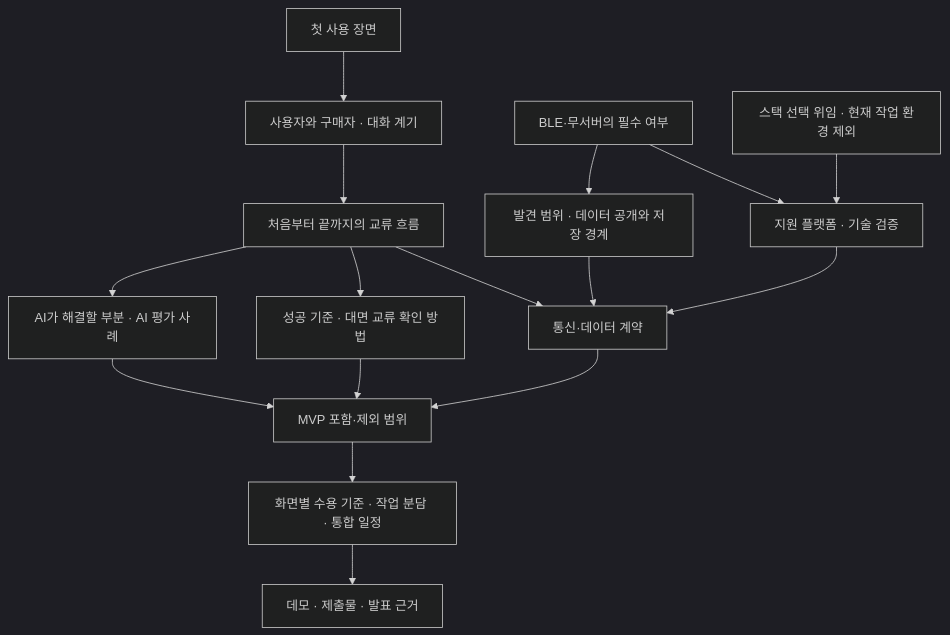
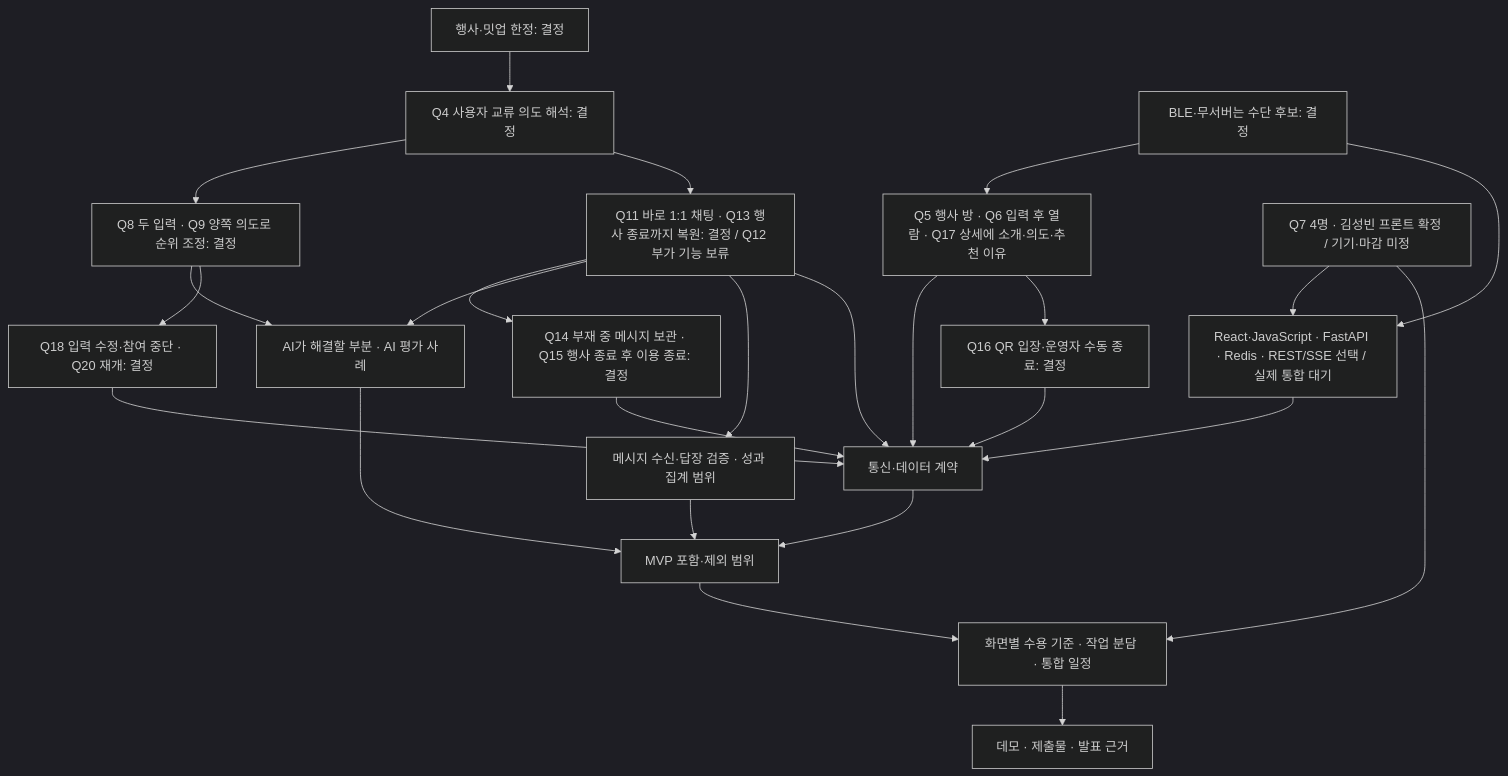
The diagram in docs/planning.md (lim010111/bside), drawn with Mermaid (dark theme) before and after one commit. The commit also changed other lines of this file and 29 other files, not shown here.

````diff
--- a/docs/planning.md
+++ b/docs/planning.md
@@ -48,18 +196,27 @@
 ```mermaid
 flowchart TD
-    Q1[첫 사용 장면] --> U[사용자와 구매자 · 대화 계기]
-    U --> F[처음부터 끝까지의 교류 흐름]
+    Q1[행사·밋업 한정: 결정] --> U[Q4 사용자 교류 의도 해석: 결정]
+    U --> I[Q8 두 입력 · Q9 양쪽 의도로 순위 조정: 결정]
+    I --> A
+    U --> F[Q11 바로 1:1 채팅 · Q13 행사 종료까지 복원: 결정 / Q12 부가 기능 보류]
+    F --> L[Q14 부재 중 메시지 보관 · Q15 행사 종료 후 이용 종료: 결정]
     F --> A[AI가 해결할 부분 · AI 평가 사례]
-    F --> M[성공 기준 · 대면 교류 확인 방법]
-    Q2[BLE·무서버의 필수 여부] --> D[발견 범위 · 데이터 공개와 저장 경계]
-    Q2 --> P[지원 플랫폼 · 기술 검증]
-    Q3[스택 선택 위임 · 현재 작업 환경 제외] --> P
+    F --> M[메시지 수신·답장 검증 · 성과 집계 범위]
+    Q2[BLE·무서버는 수단 후보: 결정] --> D[Q5 행사 방 · Q6 입력 후 열람 · Q17 상세에 소개·의도·추천 이유]
+    Q2 --> P[React·JavaScript · FastAPI · Redis · REST/SSE 선택 / 실제 통합 대기]
+    Q3[Q7 4명 · 김성빈 프론트 확정 / 기기·마감 미정] --> P
+    Q3 --> W
     D --> C[통신·데이터 계약]
+    D --> E[Q16 QR 입장·운영자 수동 종료: 결정]
+    I --> R[Q18 입력 수정·참여 중단 · Q20 재개: 결정]
+    E --> C
+    R --> C
     P --> C
     F --> C
+    L --> C
     A --> S[MVP 포함·제외 범위]
     M --> S
     C --> S
     S --> W[화면별 수용 기준 · 작업 분담 · 통합 일정]
     W --> V[데모 · 제출물 · 발표 근거]
 ```
````
